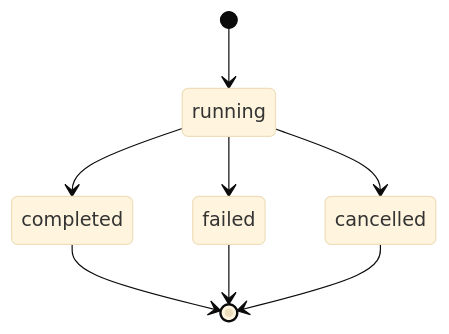
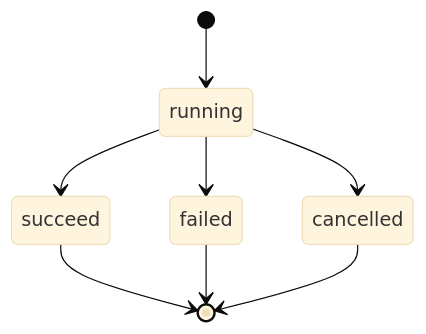
The diagram in docs/领域模型设计/PipelineExecution.md (AlexKaiqi/dataflow), drawn with Mermaid (base theme) before and after one commit. The commit also changed other lines of this file and 51 other files, not shown here.

````diff
--- a/docs/领域模型设计/PipelineExecution.md
+++ b/docs/领域模型设计/PipelineExecution.md
@@ -86,10 +86,10 @@
 ```mermaid
 stateDiagram-v2
     [*] --> running
-    running --> completed
+    running --> succeed
     running --> failed
     running --> cancelled
-    completed --> [*]
+    succeed --> [*]
     failed --> [*]
     cancelled --> [*]
 ```
````
